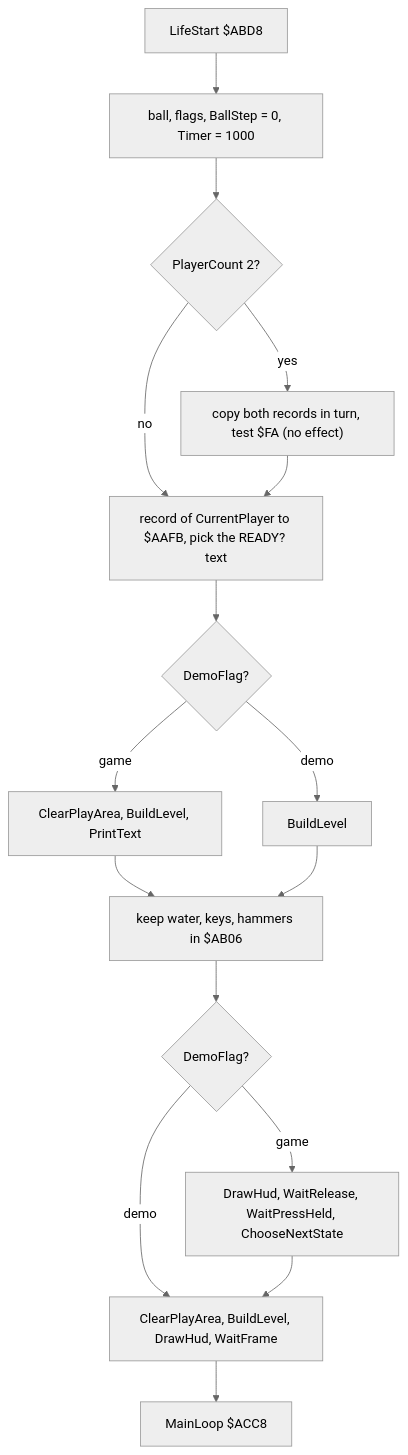
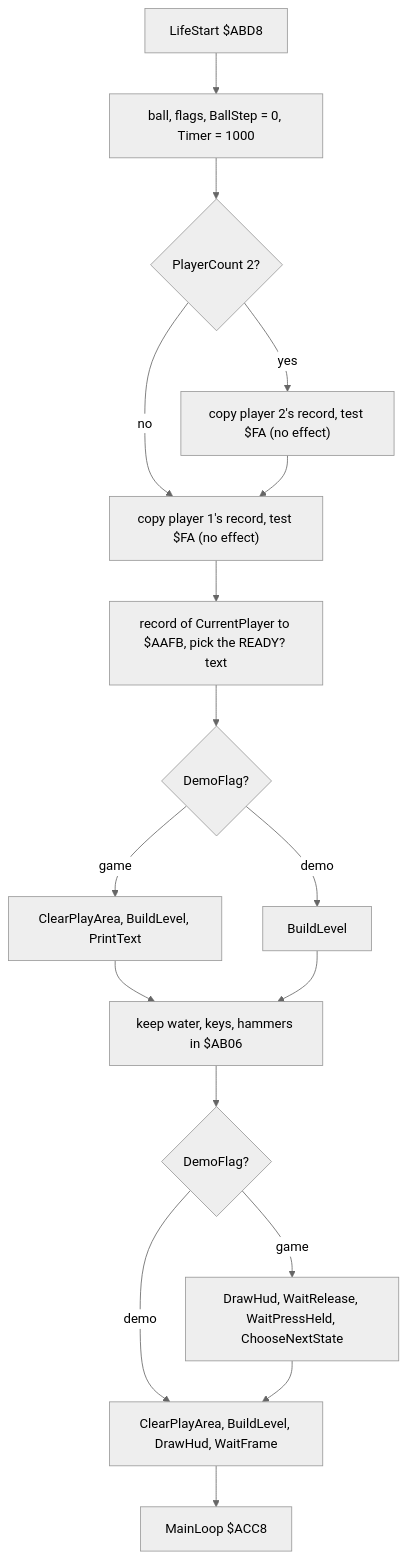
Before and after one commit to alfishe/unrealng-reverse-cases: the third of 9 diagrams in games/bumpy/docs/04-game-loop.md, drawn with Mermaid (neutral theme). The commit also changed other lines of this file and 33 other files, not shown here.

````diff
--- a/games/bumpy/docs/04-game-loop.md
+++ b/games/bumpy/docs/04-game-loop.md
@@ -180,18 +180,19 @@
 ```mermaid
 flowchart TD
     A["LifeStart $ABD8"] --> B["ball, flags, BallStep = 0, Timer = 1000"]
     B --> C{"PlayerCount 2?"}
-    C -- yes --> C2["copy both records in turn, test $FA (no effect)"]
-    C -- no --> D
-    C2 --> D["record of CurrentPlayer to $AAFB, pick the READY? text"]
+    C -- yes --> C2["copy player 2's record, test $FA (no effect)"]
+    C -- no --> C1
+    C2 --> C1["copy player 1's record, test $FA (no effect)"]
+    C1 --> D["record of CurrentPlayer to $AAFB, pick the READY? text"]
     D --> E{"DemoFlag?"}
     E -- game --> F["ClearPlayArea, BuildLevel, PrintText"]
     E -- demo --> G["BuildLevel"]
     F --> H["keep water, keys, hammers in $AB06"]
     G --> H
     H --> I{"DemoFlag?"}
     I -- game --> J["DrawHud, WaitRelease, WaitPressHeld, ChooseNextState"]
     I -- demo --> K
     J --> K["ClearPlayArea, BuildLevel, DrawHud, WaitFrame"]
     K --> L["MainLoop $ACC8"]
 ```
````
